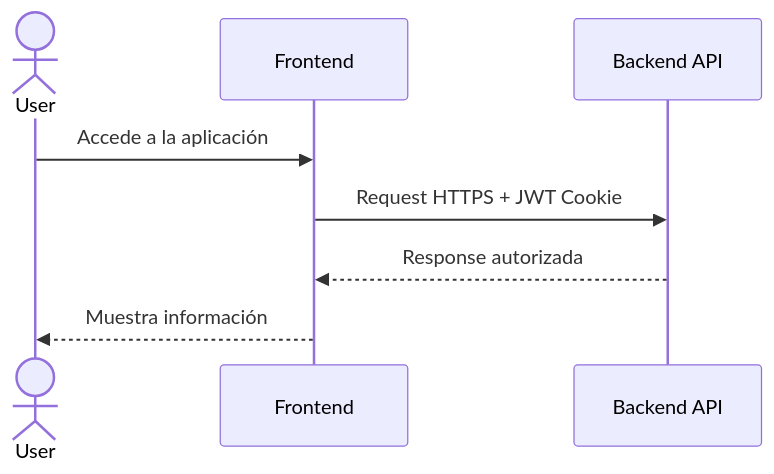
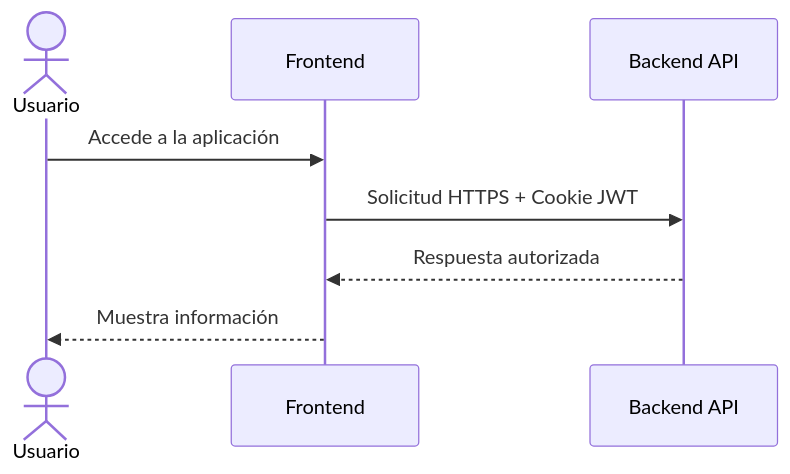
The first of 4 diagrams in src/components/projects/markdown/supplier-due-diligence/es/arquitecture.md (JexUgaz/my-portfolio), drawn with Mermaid before and after one commit. The commit also changed other lines of this file and 14 other files, not shown here.

````diff
--- a/src/components/projects/markdown/supplier-due-diligence/es/arquitecture.md
+++ b/src/components/projects/markdown/supplier-due-diligence/es/arquitecture.md
@@ -46,12 +9,12 @@
 ```mermaid
 sequenceDiagram
 
-    actor User
+    actor Usuario
     participant Frontend
     participant API as Backend API
 
-    User->>Frontend: Accede a la aplicación
-    Frontend->>API: Request HTTPS + JWT Cookie
-    API-->>Frontend: Response autorizada
-    Frontend-->>User: Muestra información
+    Usuario->>Frontend: Accede a la aplicación
+    Frontend->>API: Solicitud HTTPS + Cookie JWT
+    API-->>Frontend: Respuesta autorizada
+    Frontend-->>Usuario: Muestra información
 ```
````
